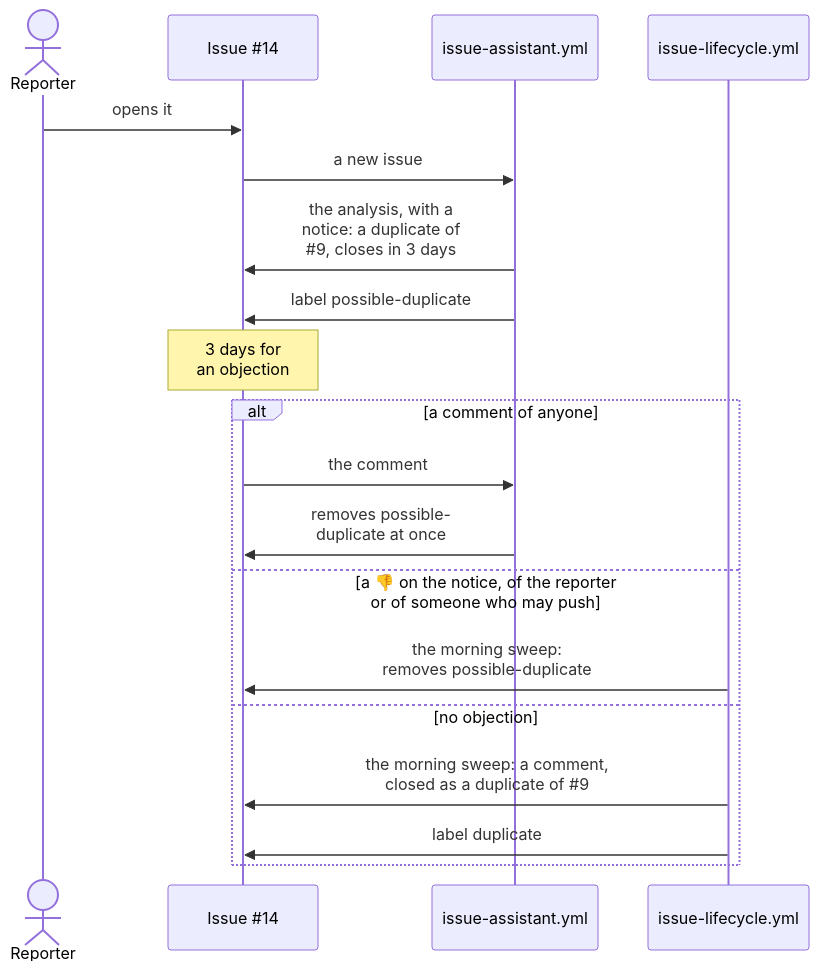
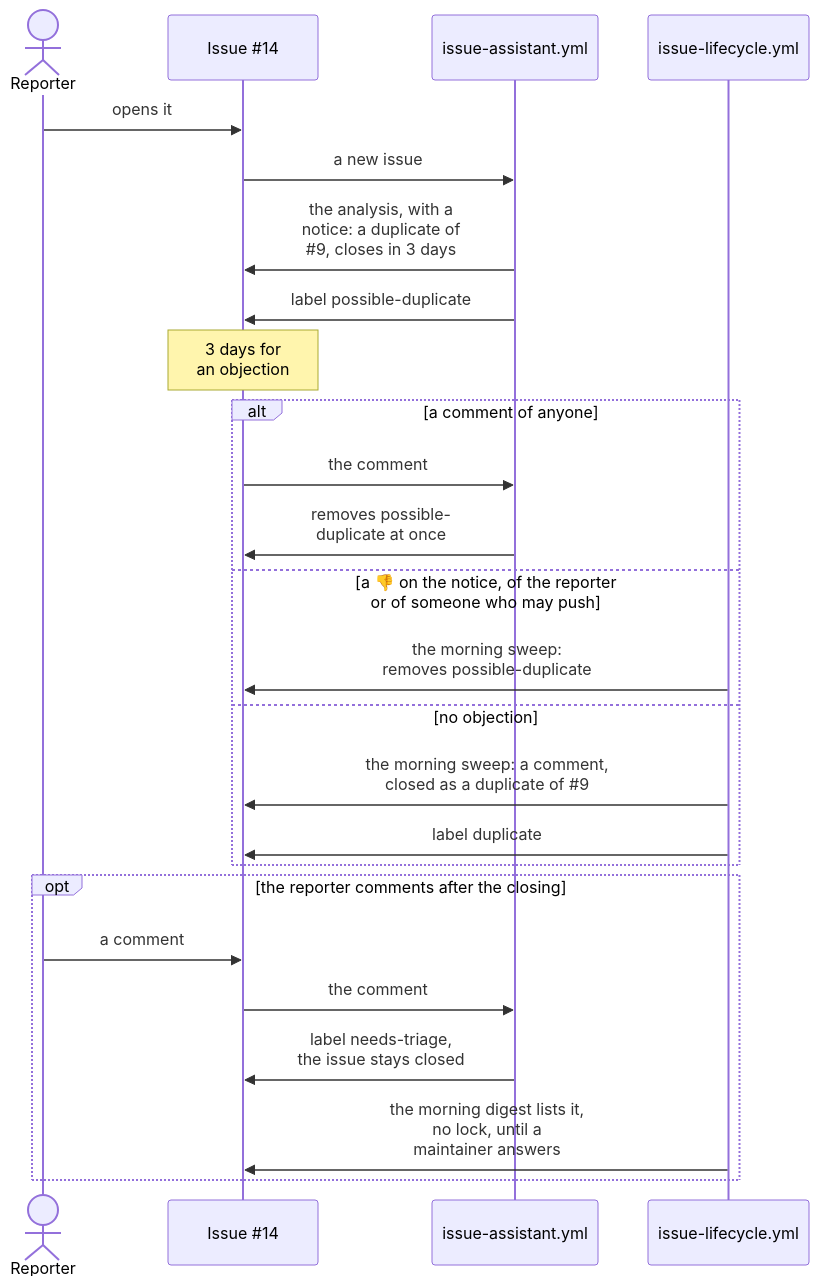
The diagram in docs/diagrams/a-duplicate-from-the-notice-to-its-closing.mmd (Dennis-Otto/issue-assistant), drawn with Mermaid before and after one commit. The commit also changed 13 other files, not shown here.

First line of the commit message:
fix(lifecycle): a reporter's objection to a duplicate closing reaches the maintainers (#391)

```diff
--- a/docs/diagrams/a-duplicate-from-the-notice-to-its-closing.mmd
+++ b/docs/diagrams/a-duplicate-from-the-notice-to-its-closing.mmd
@@ -1,21 +1,27 @@
 sequenceDiagram
   accTitle: A duplicate, from the notice to its closing
-  accDescr: The reporter opens an issue. The analysis of issue-assistant.yml says that it looks like a duplicate of an older issue and closes in 3 days, and adds possible-duplicate. A comment of anyone in those days removes possible-duplicate at once, and the issue stays open. A thumbs down on the notice by the reporter or by someone who may push makes the morning sweep of issue-lifecycle.yml remove possible-duplicate after the 3 days, and the issue stays open. Without an objection, the morning sweep posts a comment, closes the issue as a duplicate of the original and labels it duplicate.
+  accDescr: The reporter opens an issue. The analysis of issue-assistant.yml says that it looks like a duplicate of an older issue and closes in 3 days, and adds possible-duplicate. A comment of anyone in those days removes possible-duplicate at once, and the issue stays open. A thumbs down on the notice by the reporter or by someone who may push makes the morning sweep of issue-lifecycle.yml remove possible-duplicate after the 3 days, and the issue stays open. Without an objection, the morning sweep posts a comment, closes the issue as a duplicate of the original and labels it duplicate. When the reporter comments after the closing, issue-assistant.yml adds needs-triage and leaves the issue closed; the morning sweep lists it in the digest and leaves it unlocked until a maintainer answers.
   actor R as Reporter
   participant I as Issue #35;14
   participant A as issue-assistant.yml
   participant L as issue-lifecycle.yml
   R->>I: opens it
   I->>A: a new issue
   A->>I: the analysis, with a<br>notice: a duplicate of<br>#35;9, closes in 3 days
   A->>I: label possible-duplicate
   Note over I: 3 days for<br>an objection
   alt a comment of anyone
     I->>A: the comment
     A->>I: removes possible-<br>duplicate at once
   else a 👎 on the notice, of the reporter<br>or of someone who may push
     L->>I: the morning sweep:<br>removes possible-duplicate
   else no objection
     L->>I: the morning sweep: a comment,<br>closed as a duplicate of #35;9
     L->>I: label duplicate
   end
+  opt the reporter comments after the closing
+    R->>I: a comment
+    I->>A: the comment
+    A->>I: label needs-triage,<br>the issue stays closed
+    L->>I: the morning digest lists it,<br>no lock, until a<br>maintainer answers
+  end
```
